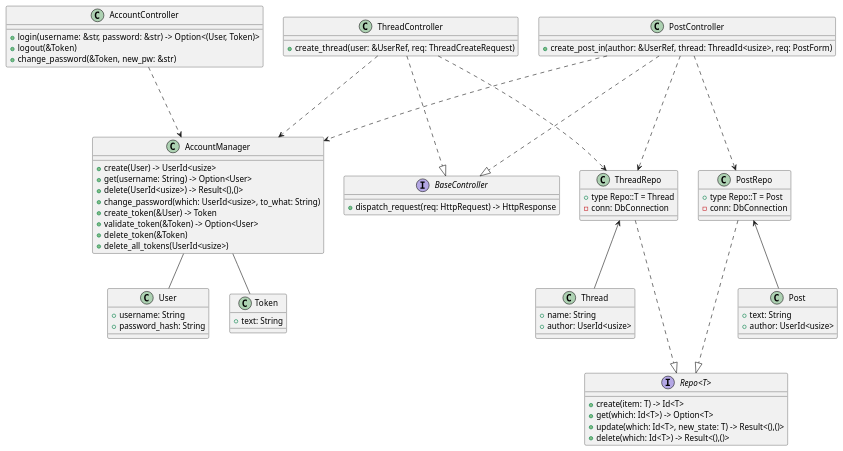
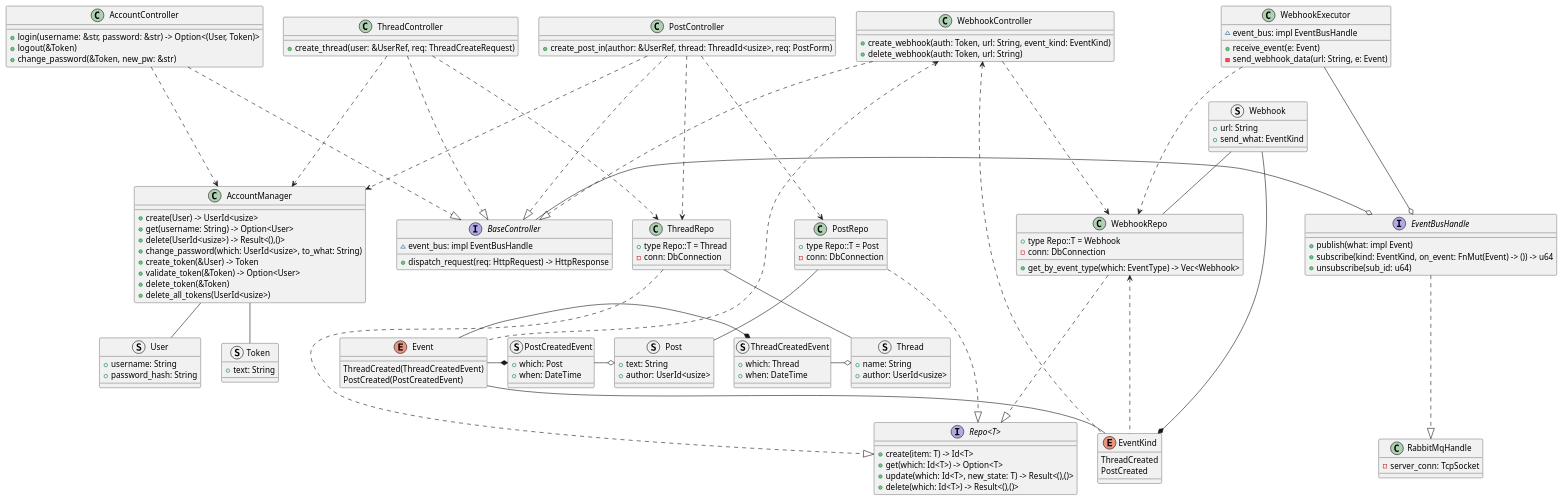
The diagram in diagrams/app-controller-classes.plantuml (danya02/rudn-year3-uml), drawn with PlantUML before and after one commit. The commit also changed 1 other file, not shown here.

Commit message:
Add webhook controllers to diagram.

```diff
--- a/diagrams/app-controller-classes.plantuml
+++ b/diagrams/app-controller-classes.plantuml
@@ -1,97 +1,179 @@
 @startuml AppControllerClasses
 
-class User {
+struct User {
     + username: String
     + password_hash: String
 }
-class Token {
+struct Token {
     + text: String
 }
 
 class AccountController {
     + login(username: &str, password: &str) -> Option<(User, Token)>
     + logout(&Token)
     + change_password(&Token, new_pw: &str)
+}
 
-}
+AccountController -.-|> BaseController
 
 
 
 AccountController -.-> AccountManager
 
 class ThreadController {
     + create_thread(user: &UserRef, req: ThreadCreateRequest)
 }
 
 
 AccountManager -- Token
 AccountManager -- User
 
 
 
 ThreadController -.-> AccountManager
 class PostController {
     + create_post_in(author: &UserRef, thread: ThreadId<usize>, req: PostForm)
 }
 
 PostController -.-> AccountManager
 
 class AccountManager {
     + create(User) -> UserId<usize>
     + get(username: String) -> Option<User>
     + delete(UserId<usize>) -> Result<(),()>
     + change_password(which: UserId<usize>, to_what: String)
     + create_token(&User) -> Token
     + validate_token(&Token) -> Option<User>
     + delete_token(&Token)
     + delete_all_tokens(UserId<usize>)
 }
 
-class Thread {
+struct Thread {
     + name: String
     + author: UserId<usize>
 }
-class Post {
+struct Post {
     + text: String
     + author: UserId<usize>
 }
 
 class ThreadRepo {
     + type Repo::T = Thread
     - conn: DbConnection
 }
 class PostRepo {
     + type Repo::T = Post
     - conn: DbConnection
 }
 
-PostRepo <-- Post
+PostRepo -- Post
 
 interface "Repo<T>" {
     + create(item: T) -> Id<T>
     + get(which: Id<T>) -> Option<T>
     + update(which: Id<T>, new_state: T) -> Result<(),()>
     + delete(which: Id<T>) -> Result<(),()>
 }
 
 ThreadRepo -.-|> "Repo<T>"
 
 interface BaseController {
+    ~ event_bus: impl EventBusHandle
     + dispatch_request(req: HttpRequest) -> HttpResponse
 }
+
+BaseController -o EventBusHandle
 
 PostController -.-|> BaseController
 ThreadController -.-|> BaseController
 
 PostController -.-> PostRepo
 PostController -.-> ThreadRepo
 
 PostRepo -.-|> "Repo<T>"
 
-ThreadRepo <-- Thread
+ThreadRepo -- Thread
 
 ThreadController -.-> ThreadRepo
 
+interface EventBusHandle {
+    + publish(what: impl Event)
+    + subscribe(kind: EventKind, on_event: FnMut(Event) -> ()) -> u64
+    + unsubscribe(sub_id: u64)
+}
+
+class RabbitMqHandle {
+    - server_conn: TcpSocket
+}
+
+EventBusHandle -.-|> RabbitMqHandle
+
+enum Event {
+    ThreadCreated(ThreadCreatedEvent)
+    PostCreated(PostCreatedEvent)
+}
 
 
+struct ThreadCreatedEvent {
+    + which: Thread
+    + when: DateTime
+}
+struct PostCreatedEvent {
+    + which: Post
+    + when: DateTime
+}
+
+
+ThreadCreatedEvent -o Thread
+PostCreatedEvent -o Post
+
+Event -* ThreadCreatedEvent
+Event -* PostCreatedEvent
+
+enum EventKind {
+    ThreadCreated
+    PostCreated
+}
+
+class WebhookController {
+    + create_webhook(auth: Token, url: String, event_kind: EventKind)
+    + delete_webhook(auth: Token, url: String)
+}
+
+WebhookController <-.- Event
+WebhookController <-.- EventKind
+
+Event -- EventKind
+
+
+class WebhookRepo {
+    + type Repo::T = Webhook
+    - conn: DbConnection
+    + get_by_event_type(which: EventType) -> Vec<Webhook>
+}
+
+
+struct Webhook {
+    + url: String
+    + send_what: EventKind
+}
+
+Webhook -- WebhookRepo
+Webhook -* EventKind
+
+WebhookRepo -.-|> "Repo<T>"
+
+WebhookRepo <-.- EventKind
+
+WebhookController -.-> WebhookRepo
+WebhookController -.-|> BaseController
+
+class WebhookExecutor {
+    ~ event_bus: impl EventBusHandle
+    + receive_event(e: Event)
+    - send_webhook_data(url: String, e: Event)
+}
+
+WebhookExecutor -.-> WebhookRepo
+WebhookExecutor -o EventBusHandle
 @enduml
```
